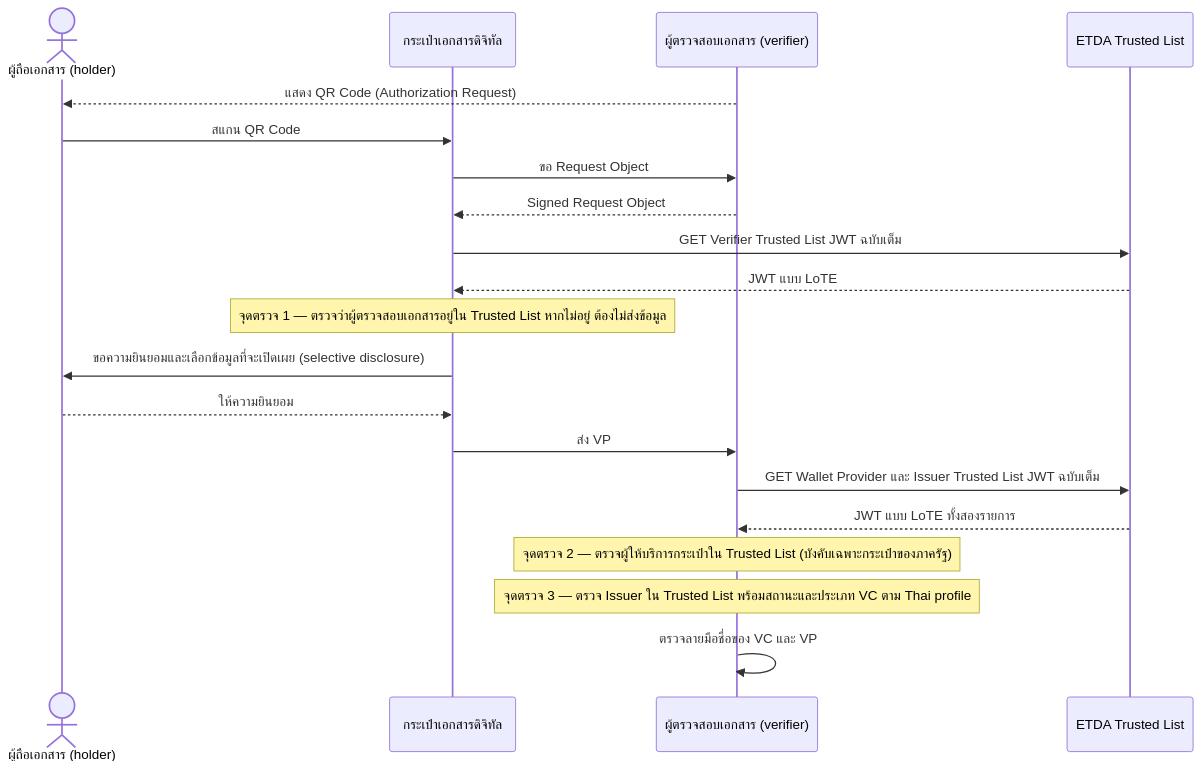
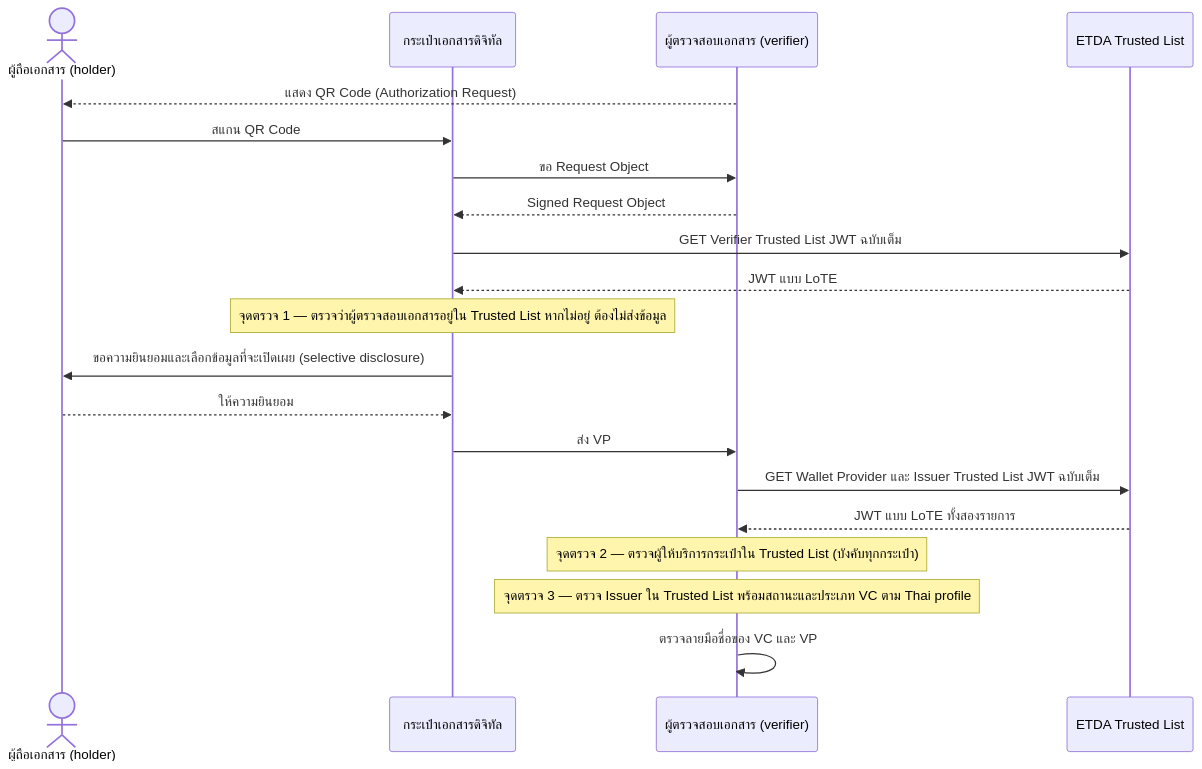
Before and after one commit to ETDA/vcdoc: the fourth of 4 diagrams in docs/thai-vc-arf/09-trust-model-3.md, drawn with Mermaid. The commit also changed other lines of this file and 22 other files, not shown here.

````diff
--- a/docs/thai-vc-arf/09-trust-model-3.md
+++ b/docs/thai-vc-arf/09-trust-model-3.md
@@ -142,22 +142,22 @@
 ```mermaid
 sequenceDiagram
     actor U as ผู้ถือเอกสาร (holder)
     participant W as กระเป๋าเอกสารดิจิทัล
     participant V as ผู้ตรวจสอบเอกสาร (verifier)
     participant TL as ETDA Trusted List
     V-->>U: แสดง QR Code (Authorization Request)
     U->>W: สแกน QR Code
     W->>V: ขอ Request Object
     V-->>W: Signed Request Object
     W->>TL: GET Verifier Trusted List JWT ฉบับเต็ม
     TL-->>W: JWT แบบ LoTE
     Note over W: จุดตรวจ 1 — ตรวจว่าผู้ตรวจสอบเอกสารอยู่ใน Trusted List หากไม่อยู่ ต้องไม่ส่งข้อมูล
     W->>U: ขอความยินยอมและเลือกข้อมูลที่จะเปิดเผย (selective disclosure)
     U-->>W: ให้ความยินยอม
     W->>V: ส่ง VP
     V->>TL: GET Wallet Provider และ Issuer Trusted List JWT ฉบับเต็ม
     TL-->>V: JWT แบบ LoTE ทั้งสองรายการ
-    Note over V: จุดตรวจ 2 — ตรวจผู้ให้บริการกระเป๋าใน Trusted List (บังคับเฉพาะกระเป๋าของภาครัฐ)
+    Note over V: จุดตรวจ 2 — ตรวจผู้ให้บริการกระเป๋าใน Trusted List (บังคับทุกกระเป๋า)
     Note over V: จุดตรวจ 3 — ตรวจ Issuer ใน Trusted List พร้อมสถานะและประเภท VC ตาม Thai profile
     V->>V: ตรวจลายมือชื่อของ VC และ VP
 ```
````
